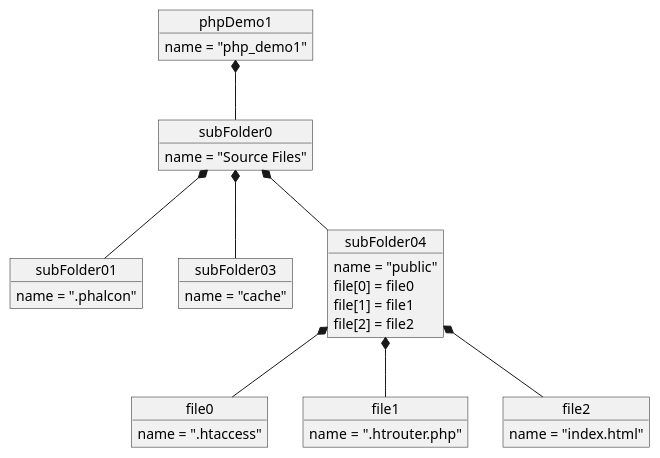
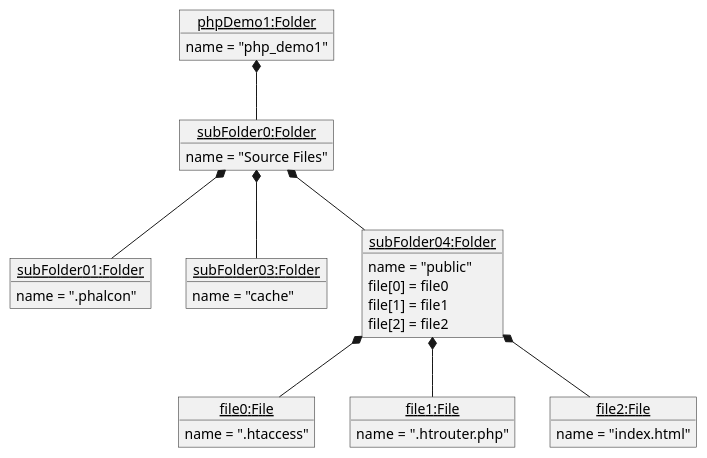
One commit to sabrinafair/5800-HW5 changed the diagram in src/CompObjs.puml. Above: the diagram before and after it, drawn with PlantUML. The commit also changed 2 other files, not shown here.

```diff
--- a/src/CompObjs.puml
+++ b/src/CompObjs.puml
@@ -1,38 +1,46 @@
 @startuml
 'https://plantuml.com/object-diagram
-object phpDemo1
-object subFolder0
-object subFolder01
-object subFolder03
-object subFolder04
+object "<u>phpDemo1:Folder</u>" as phpDemo1{
+}
+object "<u>subFolder0:Folder</u>" as subFolder0{
+}
+object "<u>subFolder01:Folder</u>" as subFolder01{
+}
+object "<u>subFolder03:Folder</u>" as subFolder03{
+}
+object "<u>subFolder04:Folder</u>" as subFolder04{
+}
 
-object file0
-object file1
-object file2
+object "<u>file0:File</u>" as file0{
+}
+object "<u>file1:File</u>" as file1{
+}
+object "<u>file2:File</u>" as file2{
+}
 
 phpDemo1 *-- subFolder0
 
 subFolder0 *-- subFolder01
 subFolder0 *-- subFolder03
 subFolder0 *-- subFolder04
 
 subFolder04 *-- file0
 subFolder04 *-- file1
 subFolder04 *-- file2
 
 phpDemo1 : name = "php_demo1"
 
 subFolder0 : name = "Source Files"
 subFolder01 : name = ".phalcon"
 subFolder03 : name = "cache"
 subFolder04 : name = "public"
 
 file0 : name = ".htaccess"
 file1 : name = ".htrouter.php"
 file2 : name = "index.html"
 
 subFolder04 : file[0] = file0
 subFolder04 : file[1] = file1
 subFolder04 : file[2] = file2
 
 @enduml
```
